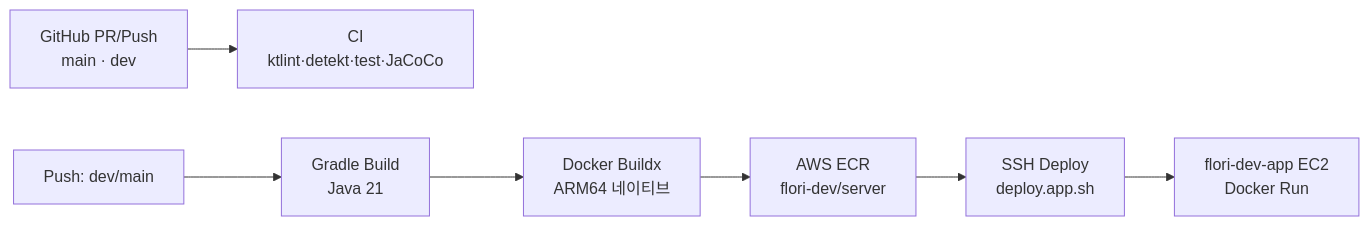
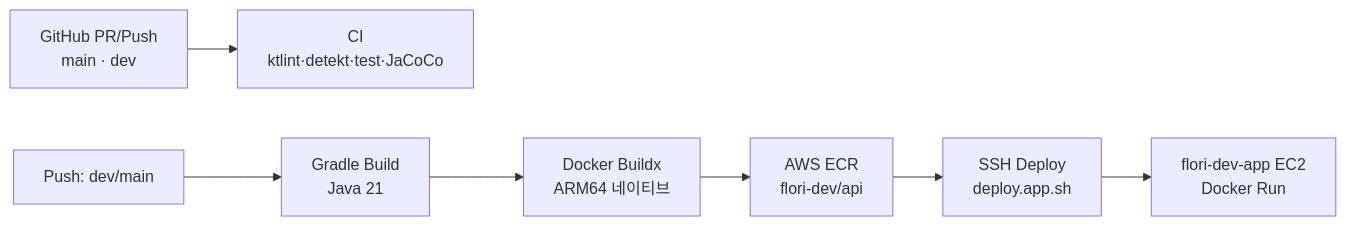
One commit to flori-ai-kr/api changed the second of 2 diagrams in README.md. Above: the diagram before and after it, drawn with Mermaid. The commit also changed other lines of this file and 8 other files, not shown here.

First line of the commit message:
refactor(naming)!: server → api 전면 리네임 (앱 식별자·ECR·CI)

````diff
--- a/README.md
+++ b/README.md
@@ -229,9 +229,9 @@
 ```mermaid
 flowchart LR
     PR["GitHub PR/Push<br/>main · dev"] --> CI["CI<br/>ktlint·detekt·test·JaCoCo"]
     Push["Push: dev/main"] --> Build["Gradle Build<br/>Java 21"]
     Build --> Docker["Docker Buildx<br/>ARM64 네이티브"]
-    Docker --> ECR["AWS ECR<br/>flori-dev/server"]
+    Docker --> ECR["AWS ECR<br/>flori-dev/api"]
     ECR --> SSH["SSH Deploy<br/>deploy.app.sh"]
     SSH --> EC2["flori-dev-app EC2<br/>Docker Run"]
 ```
````
